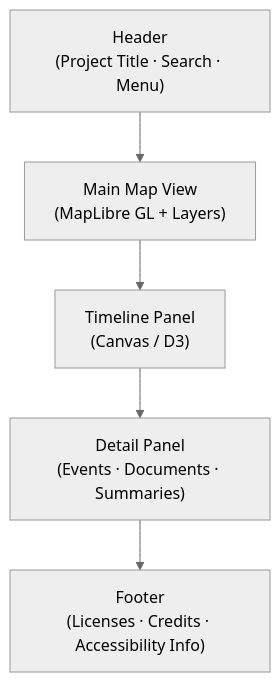
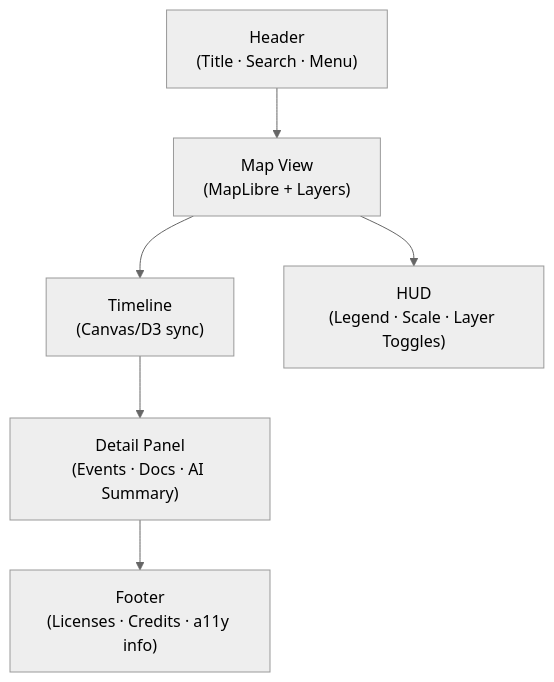
One commit to bartytime4life/Kansas-Frontier-Matrix changed the first of 2 diagrams in docs/design/ui-guidelines.md. Above: the diagram before and after it, drawn with Mermaid (neutral theme). The commit also changed other lines of this file, not shown here.

`````diff
--- a/docs/design/ui-guidelines.md
+++ b/docs/design/ui-guidelines.md
@@ -61,7 +65,8 @@
 ```mermaid
 flowchart TD
-    A["Header\n(Project Title · Search · Menu)"] --> B["Main Map View\n(MapLibre GL + Layers)"]
-    B --> C["Timeline Panel\n(Canvas / D3)"]
-    C --> D["Detail Panel\n(Events · Documents · Summaries)"]
-    D --> E["Footer\n(Licenses · Credits · Accessibility Info)"]
-````
+    A["Header\n(Title · Search · Menu)"] --> B["Map View\n(MapLibre + Layers)"]
+    B --> C["Timeline\n(Canvas/D3 sync)"]
+    C --> D["Detail Panel\n(Events · Docs · AI Summary)"]
+    D --> E["Footer\n(Licenses · Credits · a11y info)"]
+    B --> F["HUD\n(Legend · Scale · Layer Toggles)"]
+```
`````
